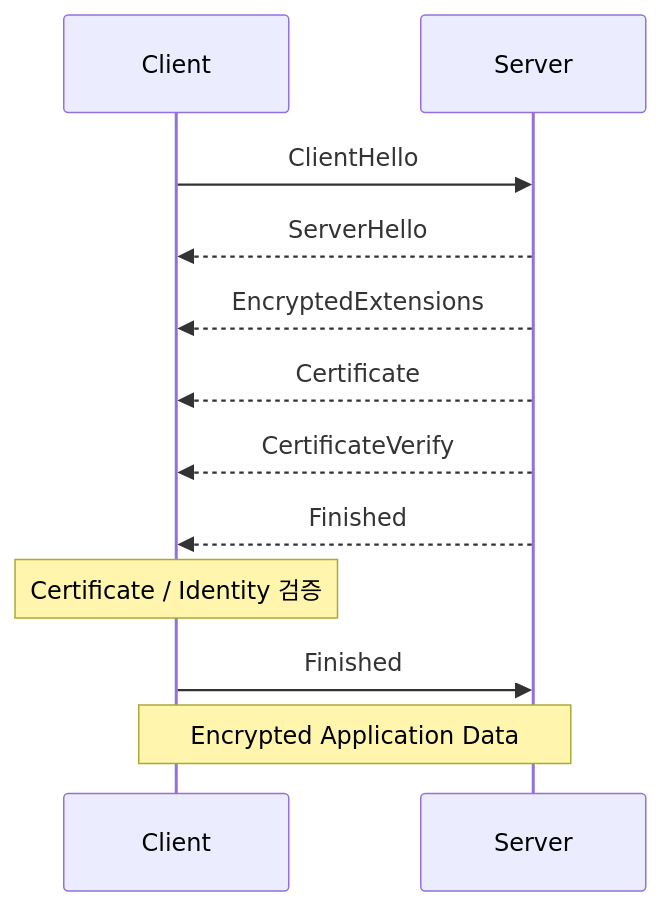
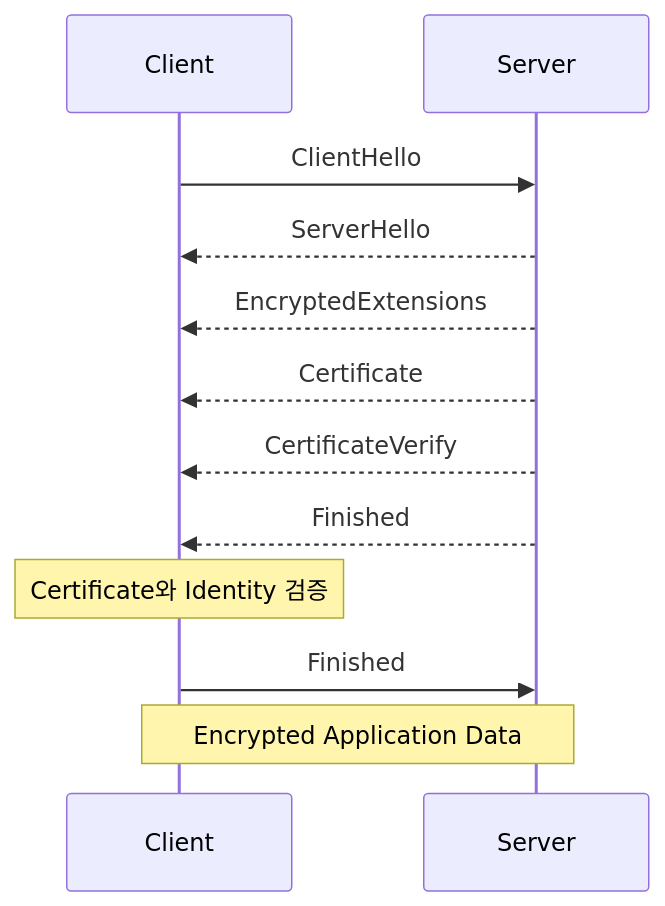
Before and after one commit to yelm-212/yelm-quartz: the second of 2 diagrams in content/03_Resource/04_network/05_dns_https_proxy_lb.md, drawn with Mermaid. The commit also changed other lines of this file and 28 other files, not shown here.

````diff
--- a/content/03_Resource/04_network/05_dns_https_proxy_lb.md
+++ b/content/03_Resource/04_network/05_dns_https_proxy_lb.md
@@ -376,15 +376,15 @@
 ```mermaid
 sequenceDiagram
     participant C as Client
     participant S as Server
 
     C->>S: ClientHello
     S-->>C: ServerHello
     S-->>C: EncryptedExtensions
     S-->>C: Certificate
     S-->>C: CertificateVerify
     S-->>C: Finished
-    Note over C: Certificate / Identity 검증
+    Note over C: Certificate와 Identity 검증
     C->>S: Finished
     Note over C,S: Encrypted Application Data
 ```
````
